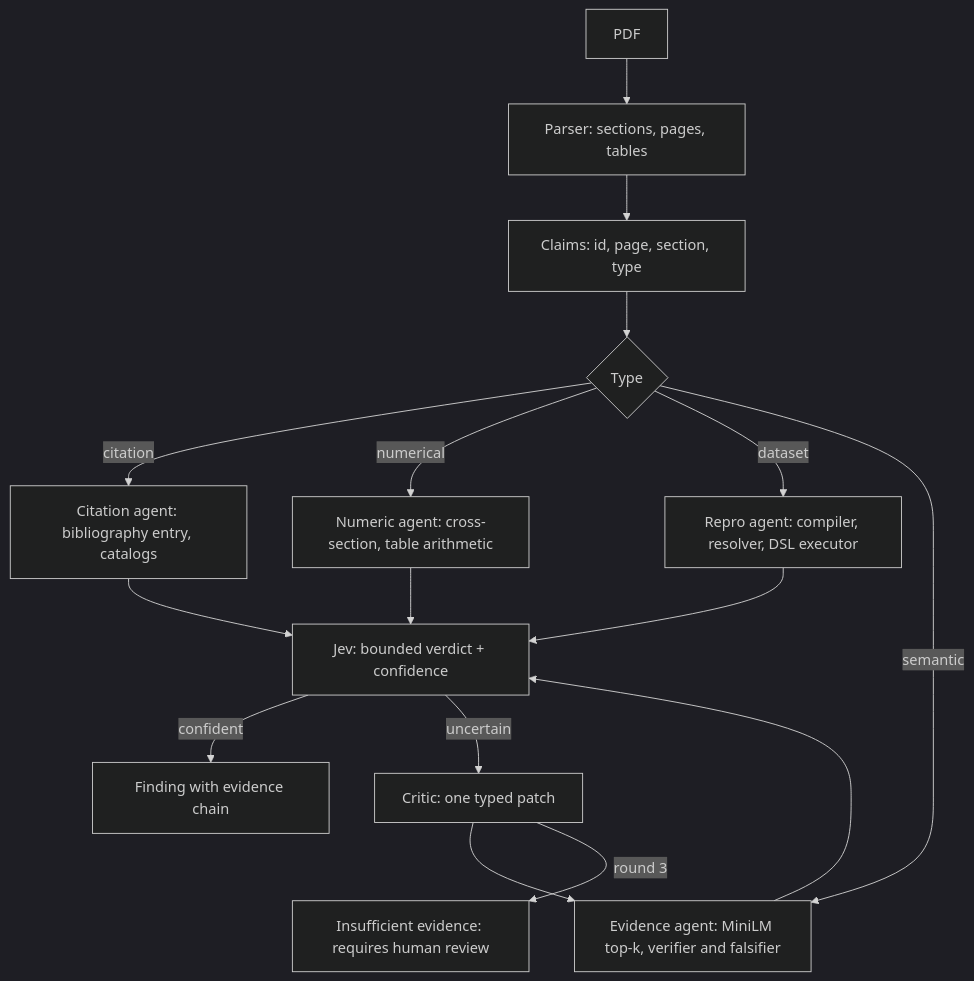
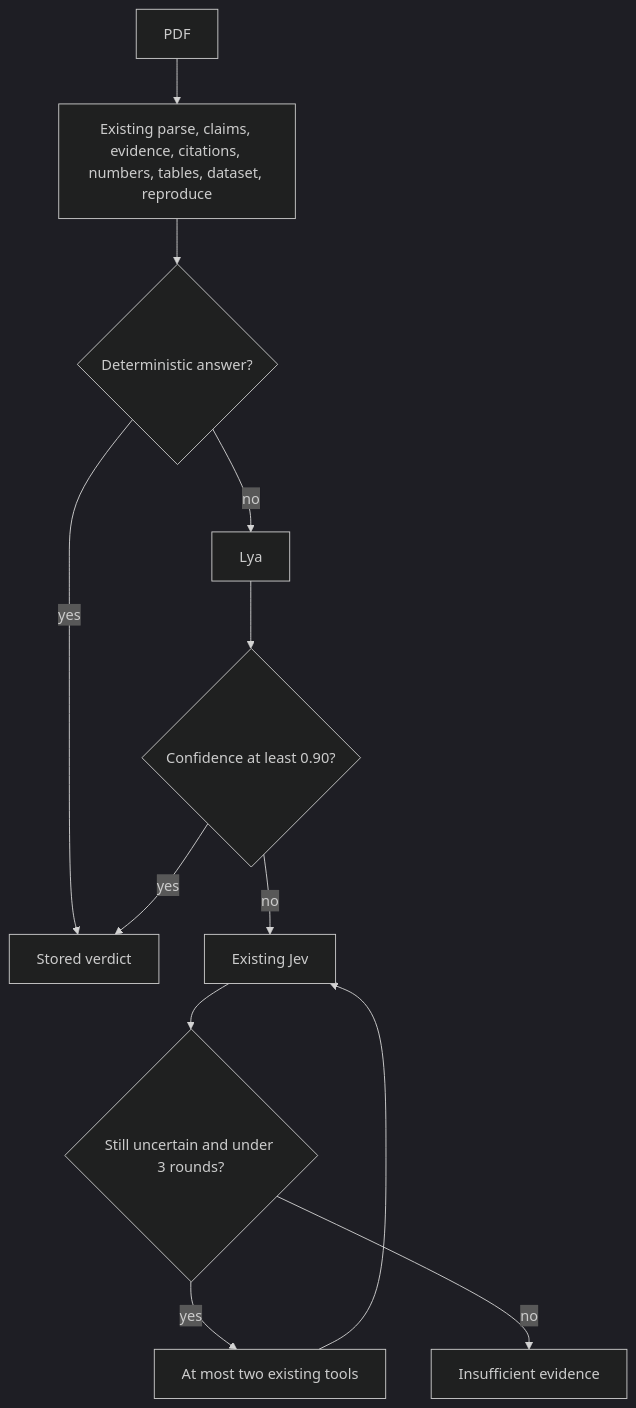
The diagram in docs/plan-verification.md (RonKat2008/HackGT13), drawn with Mermaid (dark theme) before and after one commit. The commit also changed other lines of this file and 13 other files, not shown here.

````diff
--- a/docs/plan-verification.md
+++ b/docs/plan-verification.md
@@ -92,18 +113,14 @@
 ```mermaid
 flowchart TD
-  pdf[PDF] --> parse[Parser: sections, pages, tables]
-  parse --> claims[Claims: id, page, section, type]
-  claims --> route{Type}
-  route -->|citation| cite[Citation agent: bibliography entry, catalogs]
-  route -->|numerical| num[Numeric agent: cross-section, table arithmetic]
-  route -->|dataset| repro[Repro agent: compiler, resolver, DSL executor]
-  route -->|semantic| evid[Evidence agent: MiniLM top-k, verifier and falsifier]
-  cite --> jev[Jev: bounded verdict + confidence]
-  num --> jev
-  repro --> jev
-  evid --> jev
-  jev -->|confident| finding[Finding with evidence chain]
-  jev -->|uncertain| critic[Critic: one typed patch]
-  critic --> evid
-  critic -->|round 3| human[Insufficient evidence: requires human review]
+  pdf[PDF] --> existing[Existing parse, claims, evidence, citations, numbers, tables, dataset, reproduce]
+  existing --> settled{Deterministic answer?}
+  settled -->|yes| finding[Stored verdict]
+  settled -->|no| lya[Lya]
+  lya --> sure{Confidence at least 0.90?}
+  sure -->|yes| finding
+  sure -->|no| jev[Existing Jev]
+  jev --> more{Still uncertain and under 3 rounds?}
+  more -->|yes| tools[At most two existing tools]
+  tools --> jev
+  more -->|no| human[Insufficient evidence]
 ```
````
